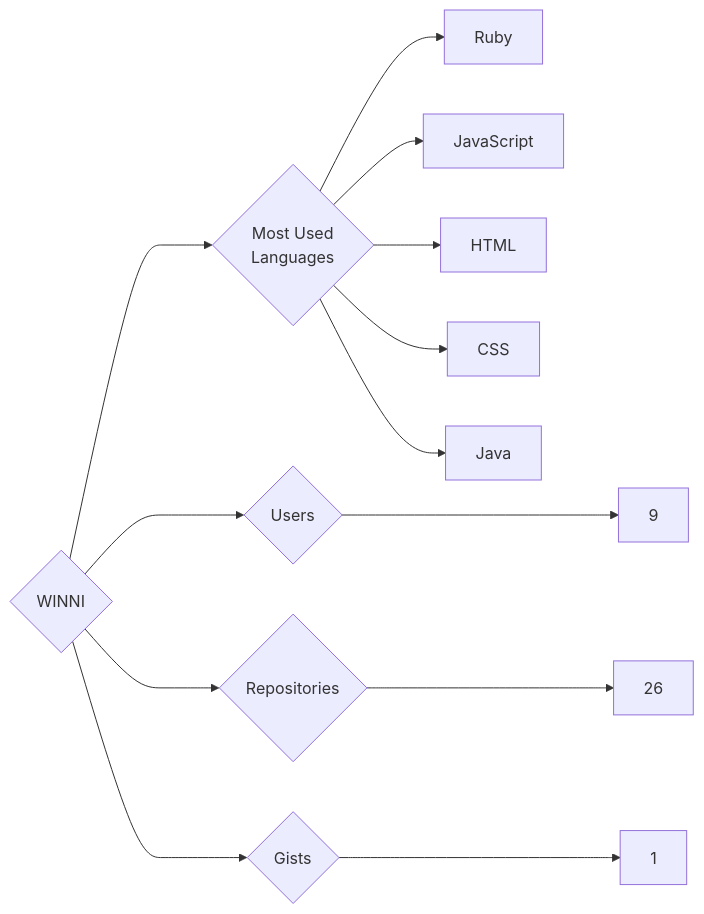
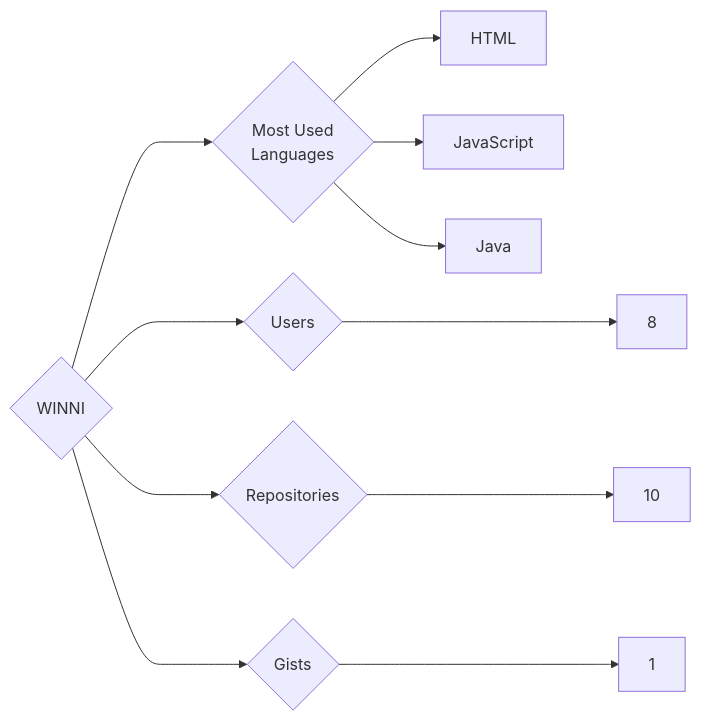
One commit to trickest/insiders changed the diagram in targets/WINNI/README.md. Above: the diagram before and after it, drawn with Mermaid. The commit also changed 770 other files, not shown here.

````diff
--- a/targets/WINNI/README.md
+++ b/targets/WINNI/README.md
@@ -3,13 +3,11 @@
 ```mermaid
 graph LR
 COMPANY_NAME{WINNI}
-COMPANY_NAME ---> U{Users} ---> UN[9]
-COMPANY_NAME ---> R{Repositories} ---> RN[26]
+COMPANY_NAME ---> U{Users} ---> UN[8]
+COMPANY_NAME ---> R{Repositories} ---> RN[10]
 COMPANY_NAME ---> G{Gists} ---> GN[1]
 COMPANY_NAME ---> ML{Most Used<br>Languages}
-ML --> Ruby[Ruby]
+ML --> HTML[HTML]
 ML --> JavaScript[JavaScript]
-ML --> HTML[HTML]
-ML --> CSS[CSS]
 ML --> Java[Java]
 ```
````
